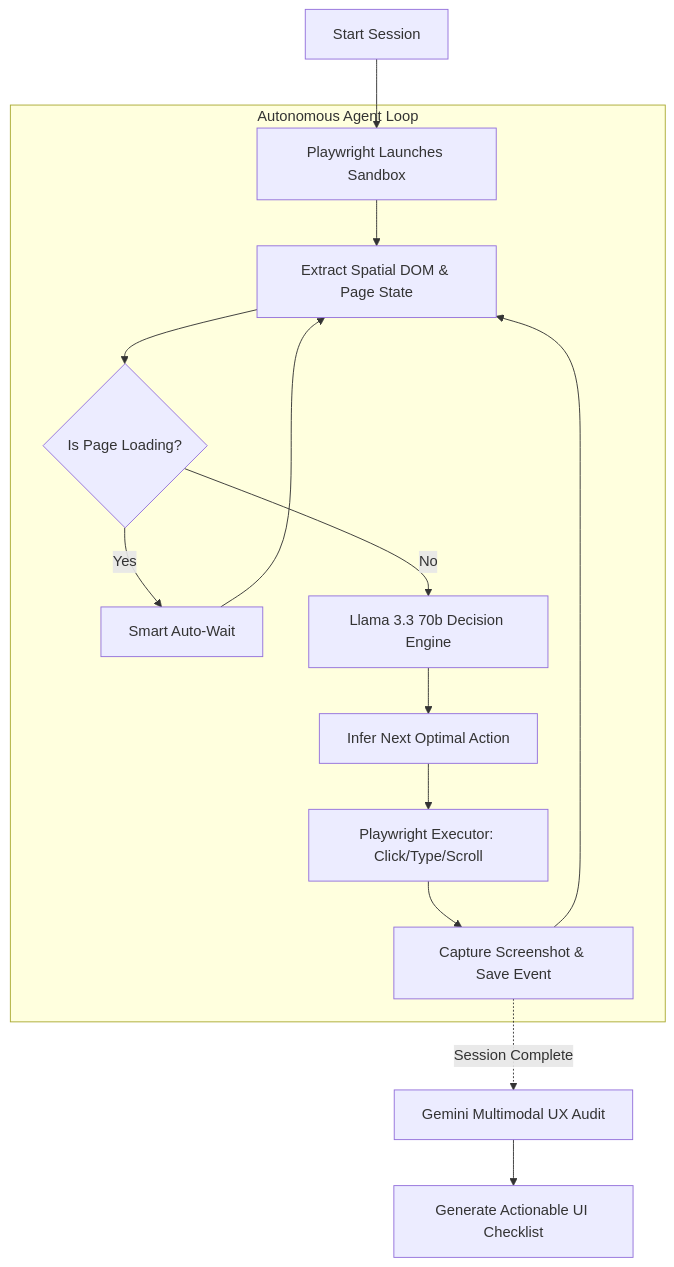
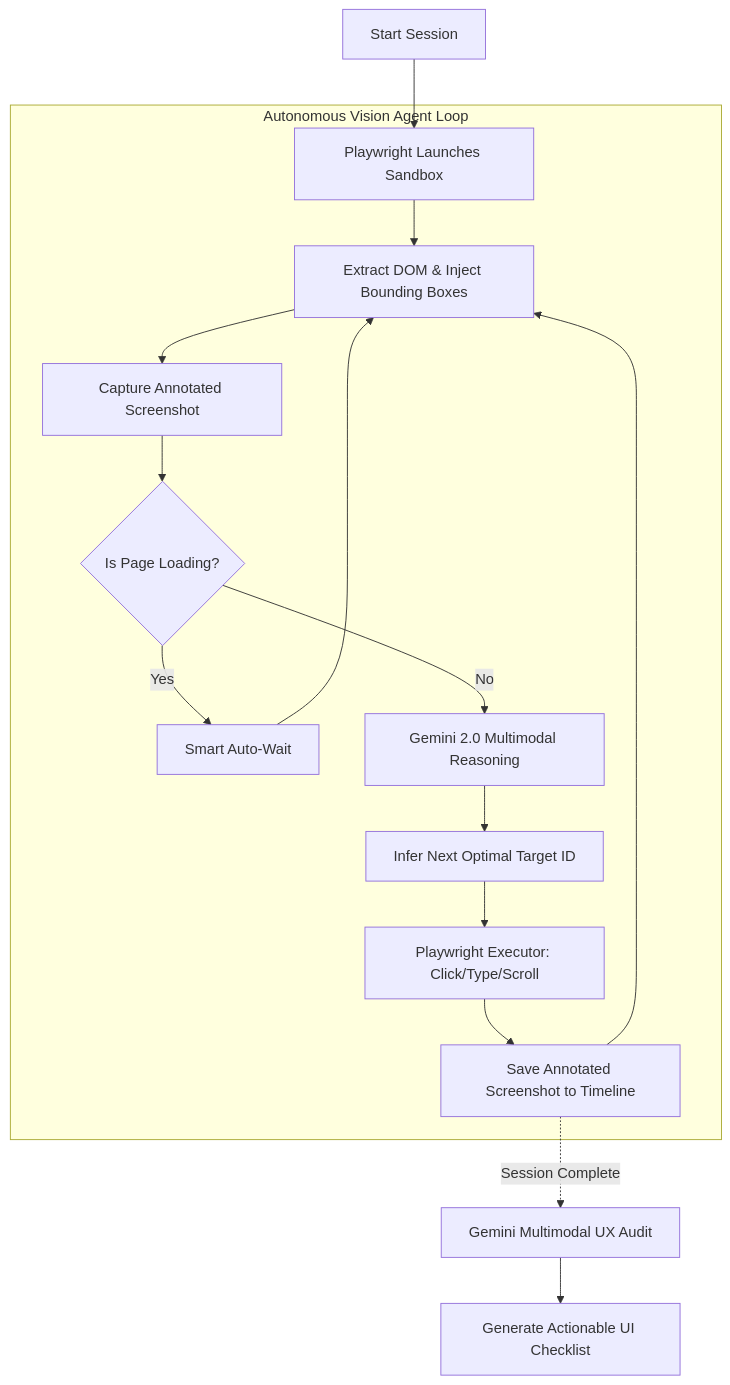
One commit to Durgaprasad-Developer/UX-Ray changed the diagram in README.md. Above: the diagram before and after it, drawn with Mermaid. The commit also changed other lines of this file and 5 other files, not shown here.

Commit message:
docs: update architecture diagrams for Set-of-Mark Multimodal Vision Agent

````diff
--- a/README.md
+++ b/README.md
@@ -44,20 +44,21 @@
 ```mermaid
 graph TD
     A[Start Session] --> B[Playwright Launches Sandbox]
     
-    subgraph Autonomous Agent Loop
-        B --> C[Extract Spatial DOM & Page State]
-        C --> D{Is Page Loading?}
-        D -- Yes --> E[Smart Auto-Wait]
-        E --> C
-        D -- No --> F[Llama 3.3 70b Decision Engine]
+    subgraph Autonomous Vision Agent Loop
+        B --> C[Extract DOM & Inject Bounding Boxes]
+        C --> D[Capture Annotated Screenshot]
+        D --> E{Is Page Loading?}
+        E -- Yes --> F[Smart Auto-Wait]
+        F --> C
+        E -- No --> G[Gemini 2.0 Multimodal Reasoning]
         
-        F --> G[Infer Next Optimal Action]
-        G --> H[Playwright Executor: Click/Type/Scroll]
-        H --> I[Capture Screenshot & Save Event]
-        I --> C
+        G --> H[Infer Next Optimal Target ID]
+        H --> I[Playwright Executor: Click/Type/Scroll]
+        I --> J[Save Annotated Screenshot to Timeline]
+        J --> C
     end
     
-    I -. Session Complete .-> J[Gemini Multimodal UX Audit]
-    J --> K[Generate Actionable UI Checklist]
+    J -. Session Complete .-> K[Gemini Multimodal UX Audit]
+    K --> L[Generate Actionable UI Checklist]
 ```
````
